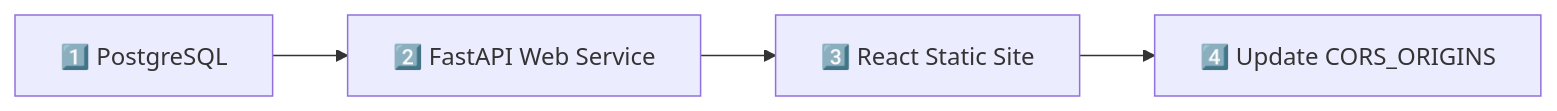
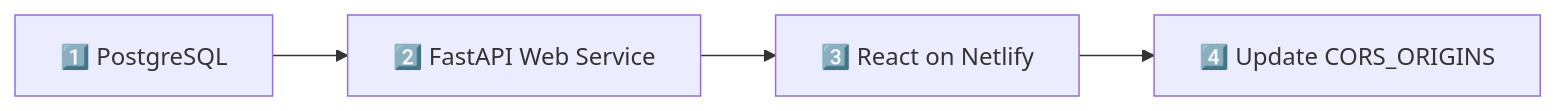
One commit to omkargitcs/Lead_Manager_Project changed the fourth of 4 diagrams in README.md. Above: the diagram before and after it, drawn with Mermaid. The commit also changed other lines of this file, not shown here.

````diff
--- a/README.md
+++ b/README.md
@@ -457,4 +457,4 @@
 ```mermaid
 flowchart LR
-    A[1️⃣ PostgreSQL] --> B[2️⃣ FastAPI Web Service] --> C[3️⃣ React Static Site] --> D[4️⃣ Update CORS_ORIGINS]
+    A[1️⃣ PostgreSQL] --> B[2️⃣ FastAPI Web Service] --> C[3️⃣ React on Netlify] --> D[4️⃣ Update CORS_ORIGINS]
 ```
````
